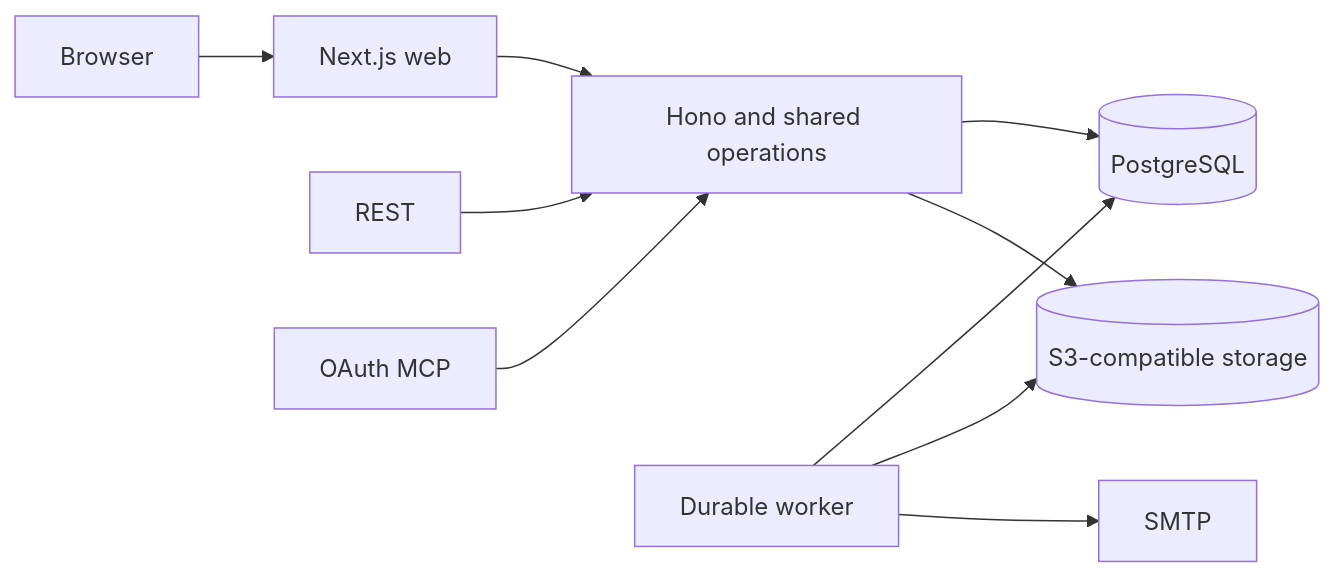
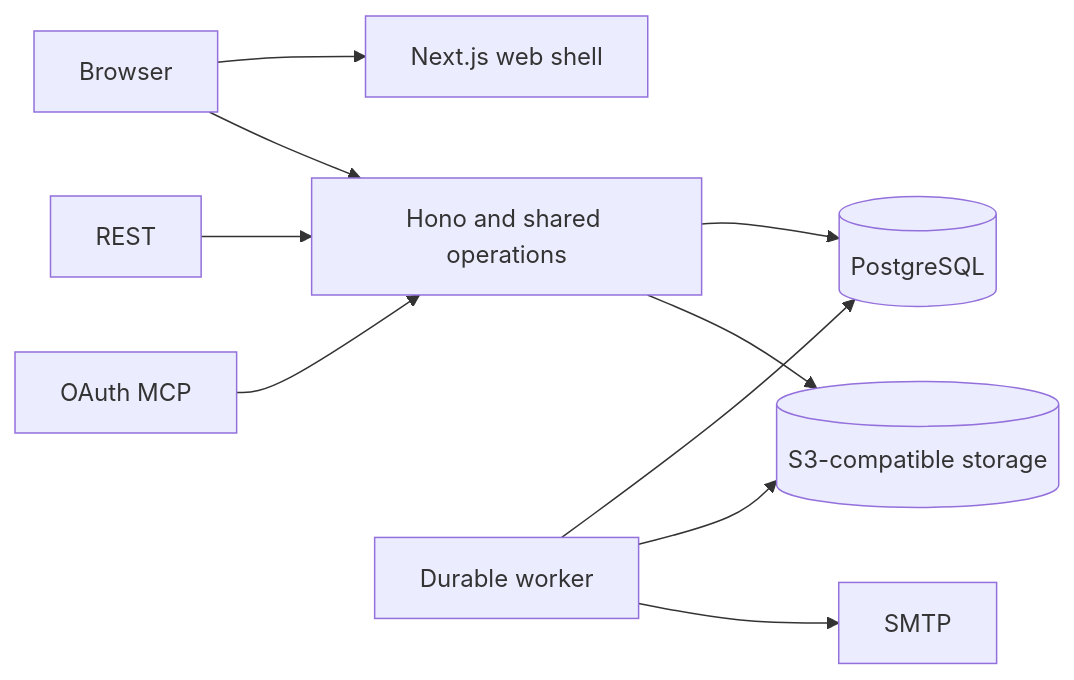
One commit to avgeek-oss/rootset changed the diagram in rc-plan/STACK_ARCHITECTURE.md. Above: the diagram before and after it, drawn with Mermaid. The commit also changed other lines of this file and 68 other files, not shown here.

Commit message:
Route Rootset browser traffic to dedicated public API origin

````diff
--- a/rc-plan/STACK_ARCHITECTURE.md
+++ b/rc-plan/STACK_ARCHITECTURE.md
@@ -11,12 +11,12 @@
 ```mermaid
 flowchart LR
-  Browser[Browser] --> Web[Next.js web]
-  Web --> API[Hono and shared operations]
+  Browser[Browser] --> Web[Next.js web shell]
+  Browser --> API[Hono and shared operations]
   REST[REST] --> API
   MCP[OAuth MCP] --> API
   API --> PG[(PostgreSQL)]
   Worker[Durable worker] --> PG
   Worker --> Objects[(S3-compatible storage)]
   Worker --> SMTP[SMTP]
   API --> Objects
 ```
````
